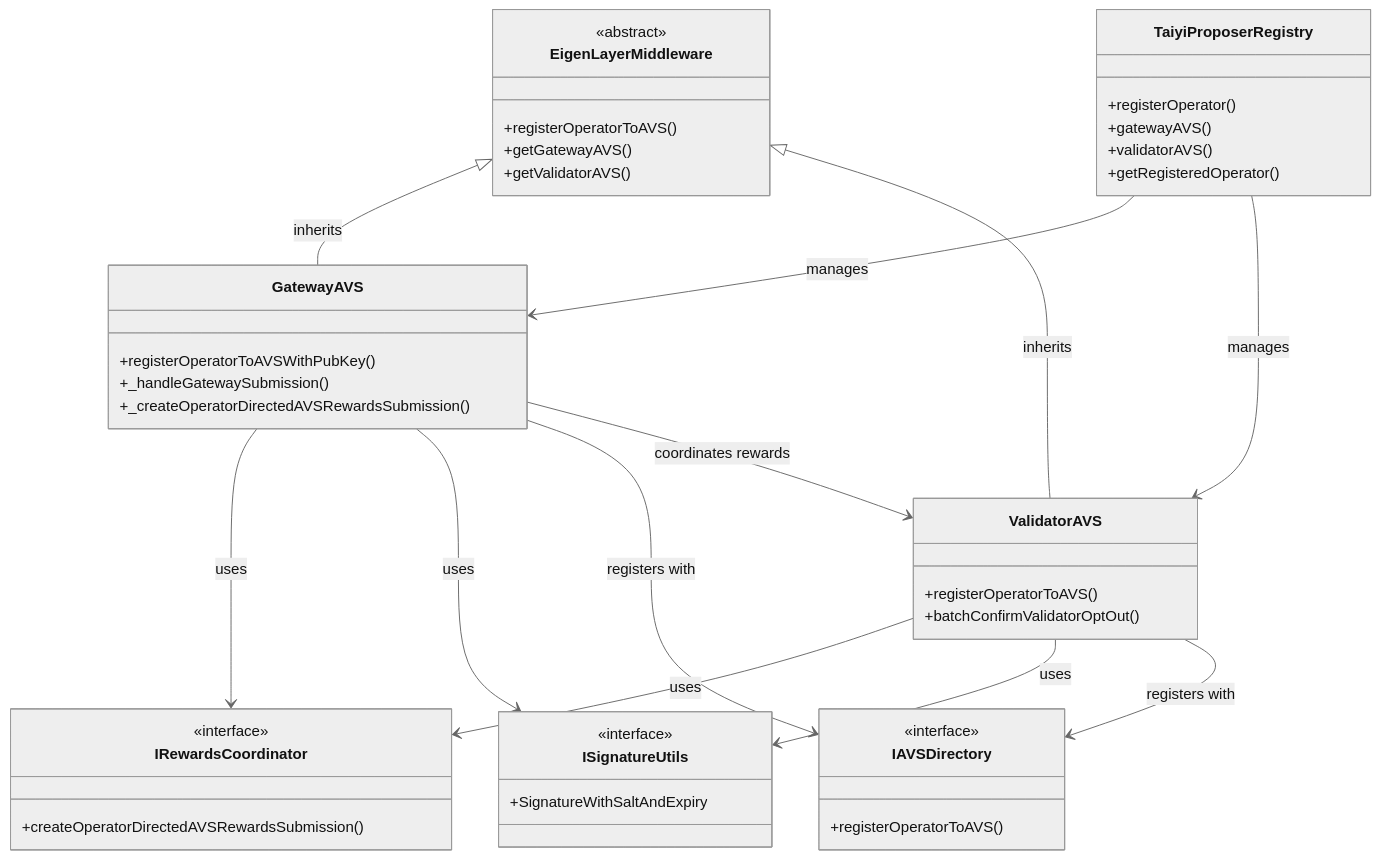
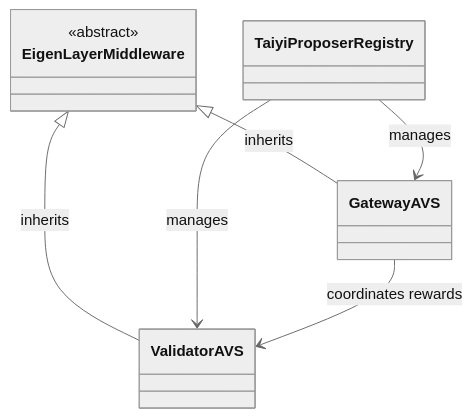
One commit to lu-bann/taiyi changed the first of 3 diagrams in contracts/README.md. Above: the diagram before and after it, drawn with Mermaid (neutral theme).

````diff
--- a/contracts/README.md
+++ b/contracts/README.md
@@ -59,60 +59,34 @@
 ```mermaid
 
 classDiagram
     class EigenLayerMiddleware {
         <<abstract>>
-        +registerOperatorToAVS()
-        +getGatewayAVS()
-        +getValidatorAVS()
+
     }
 
     class TaiyiProposerRegistry {
-        +registerOperator()
-        +gatewayAVS()
-        +validatorAVS()
-        +getRegisteredOperator()
+
     }
 
     class GatewayAVS {
-        +registerOperatorToAVSWithPubKey()
-        +_handleGatewaySubmission()
-        +_createOperatorDirectedAVSRewardsSubmission()
+
     }
 
     class ValidatorAVS {
-        +registerOperatorToAVS()
-        +batchConfirmValidatorOptOut()
+
     }
 
-    class IRewardsCoordinator {
-        <<interface>>
-        +createOperatorDirectedAVSRewardsSubmission()
-    }
 
-    class ISignatureUtils {
-        <<interface>>
-        +SignatureWithSaltAndExpiry
-    }
-
-    class IAVSDirectory {
-        <<interface>>
-        +registerOperatorToAVS()
-    }
 
     EigenLayerMiddleware <|-- GatewayAVS : inherits
     EigenLayerMiddleware <|-- ValidatorAVS : inherits
     
     TaiyiProposerRegistry --> GatewayAVS : manages
     TaiyiProposerRegistry --> ValidatorAVS : manages
     
-    GatewayAVS --> IRewardsCoordinator : uses
-    ValidatorAVS --> IRewardsCoordinator : uses
+
     
-    GatewayAVS --> ISignatureUtils : uses
-    ValidatorAVS --> ISignatureUtils : uses
-    
-    GatewayAVS --> IAVSDirectory : registers with
-    ValidatorAVS --> IAVSDirectory : registers with
+
     
     GatewayAVS --> ValidatorAVS : coordinates rewards
 ```
````
